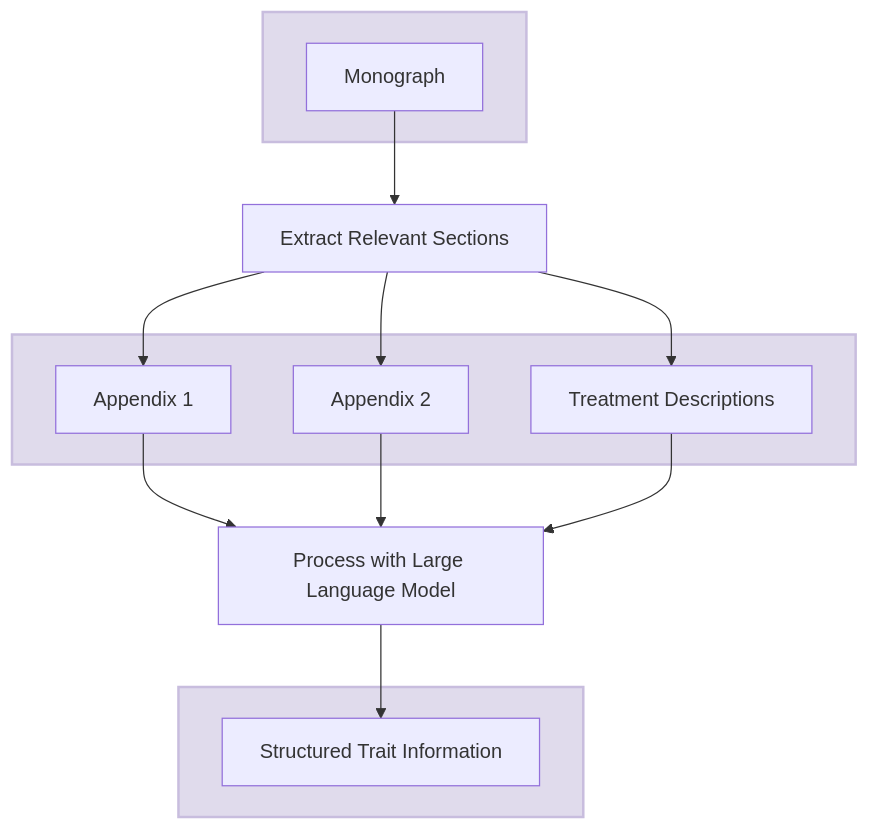
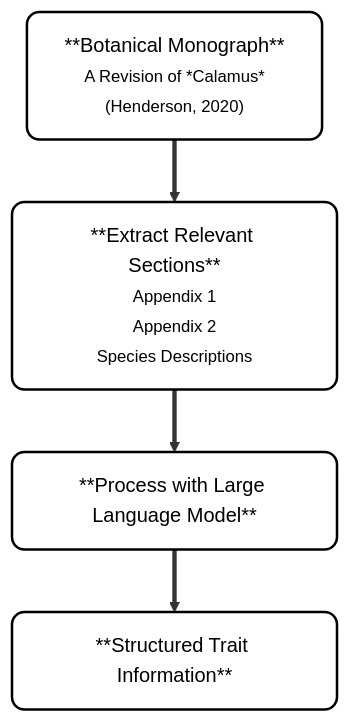
Before and after one commit to nickynicolson/CalamusTraits: the diagram in README.md, drawn with Mermaid. The commit also changed other lines of this file, not shown here.

Commit message:
Improved readability of README.md

````diff
--- a/README.md
+++ b/README.md
@@ -77,34 +83,15 @@
 ```mermaid
 flowchart TD
-    A[Monograph] --> B[Extract Relevant Sections]
+    classDef rounded fill:#fff,stroke:#000,stroke-width:2px,color:#000,rx:10,ry:10;
+    
+    A["**Botanical Monograph** <br> <small>A Revision of *Calamus* <br> (Henderson, 2020)<small>"] 
+        ==> 
+        B[**Extract Relevant Sections**<br><small>Appendix 1<br>Appendix 2<br>Species Descriptions</small>]
 
-    subgraph Monograph [ ]
-    A
-    end
+    B ==> C[**Process with Large Language Model**]
 
-    style Monograph fill:#E0DBEC,stroke:#C8BDDE,stroke-width:2px
+    C ==> D[**Structured Trait Information**]
 
-    B --> C[Appendix 1]
-    B --> D[Appendix 2]
-    B --> E[Treatment Descriptions]
+    class A,B,C,D rounded;
 
-    subgraph Extracted_Sections [ ]
-        C
-        D
-        E
-    end
-
-    style Extracted_Sections fill:#E0DBEC,stroke:#C8BDDE,stroke-width:2px
-
-    C --> F[Process with Large Language Model]
-    D --> F
-    E --> F
-
-    subgraph Trait_info [ ]
-    G 
-    end 
-
-    style Trait_info fill:#E0DBEC,stroke:#C8BDDE,stroke-width:2px
-
-    F --> G[Structured Trait Information]
 ```
````
